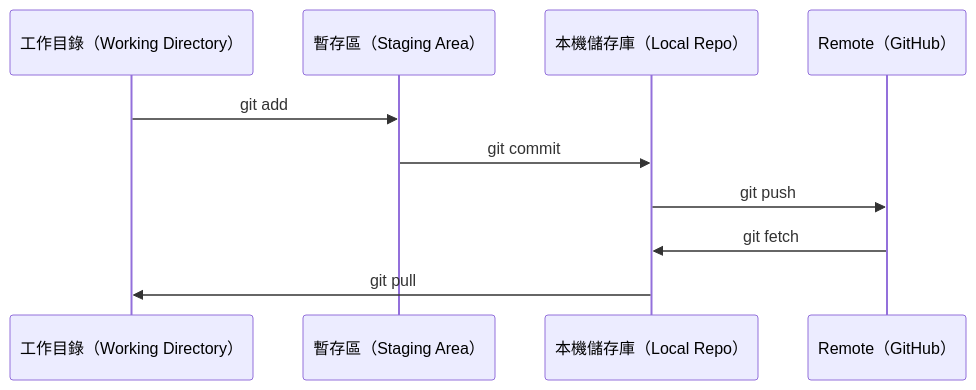
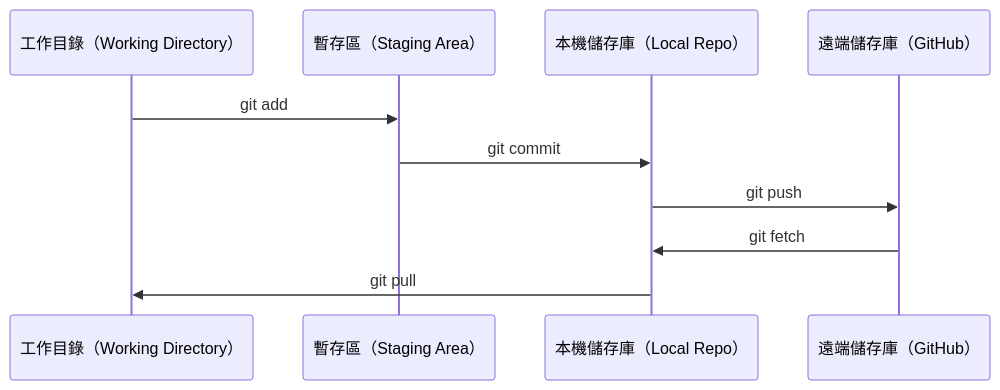
One commit to edward821220/ai-engineering-from-scratch changed the diagram in i18n/zh-TW/phases/00-setup-and-tooling/02-git-and-collaboration/docs/zh-TW.md. Above: the diagram before and after it, drawn with Mermaid. The commit also changed 123 other files, not shown here.

````diff
--- a/i18n/zh-TW/phases/00-setup-and-tooling/02-git-and-collaboration/docs/zh-TW.md
+++ b/i18n/zh-TW/phases/00-setup-and-tooling/02-git-and-collaboration/docs/zh-TW.md
@@ -25,12 +25,12 @@
 ```mermaid
 sequenceDiagram
     participant WD as 工作目錄（Working Directory）
     participant SA as 暫存區（Staging Area）
     participant LR as 本機儲存庫（Local Repo）
-    participant R as Remote（GitHub）
+    participant R as 遠端儲存庫（GitHub）
     WD->>SA: git add
     SA->>LR: git commit
     LR->>R: git push
     R->>LR: git fetch
     LR->>WD: git pull
 ```
````
